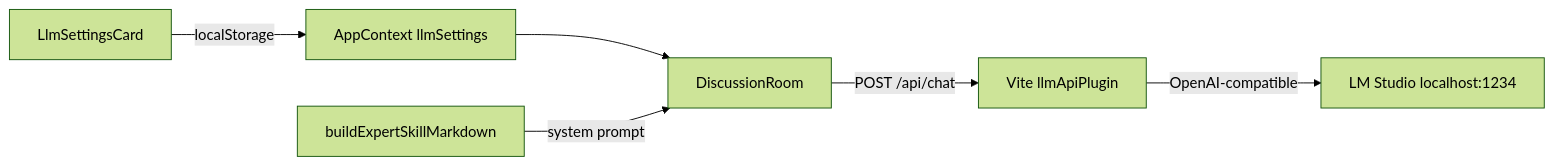
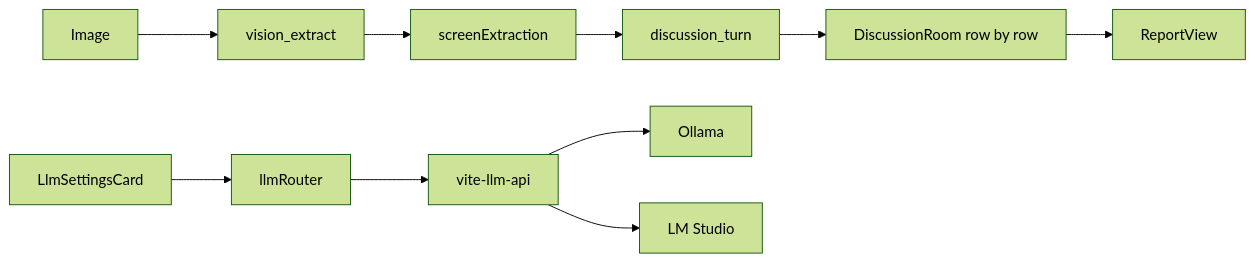
One commit to moran4829/ux-expert-panel changed the diagram in README.md. Above: the diagram before and after it, drawn with Mermaid (forest theme). The commit also changed other lines of this file and 18 other files, not shown here.

First line of the commit message:
Add local LLM task routing with Vision extraction and Ollama support.

````diff
--- a/README.md
+++ b/README.md
@@ -48,8 +57,12 @@
 ```mermaid
 flowchart LR
-  UI[DiscussionRoom] -->|POST /api/chat| Vite[Vite llmApiPlugin]
-  Vite -->|OpenAI-compatible| LM[LM Studio localhost:1234]
-  Settings[LlmSettingsCard] -->|localStorage| AppContext[AppContext llmSettings]
-  AppContext --> UI
-  ExpertSkill[buildExpertSkillMarkdown] -->|system prompt| UI
+  Upload[Image] --> Vision[vision_extract]
+  Vision --> JSON[screenExtraction]
+  JSON --> Discussion[discussion_turn]
+  Discussion --> Room[DiscussionRoom row by row]
+  Room --> Report[ReportView]
+  Settings[LlmSettingsCard] --> Router[llmRouter]
+  Router --> Vite[vite-llm-api]
+  Vite --> Ollama[Ollama]
+  Vite --> LM[LM Studio]
 ```
````
